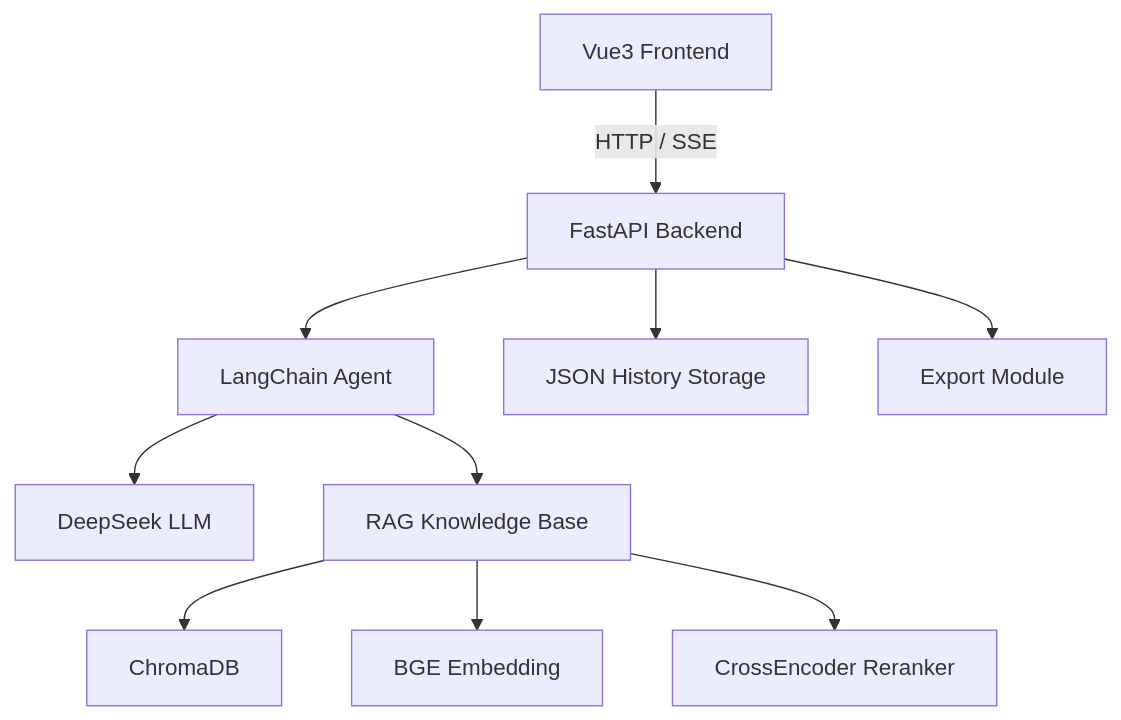
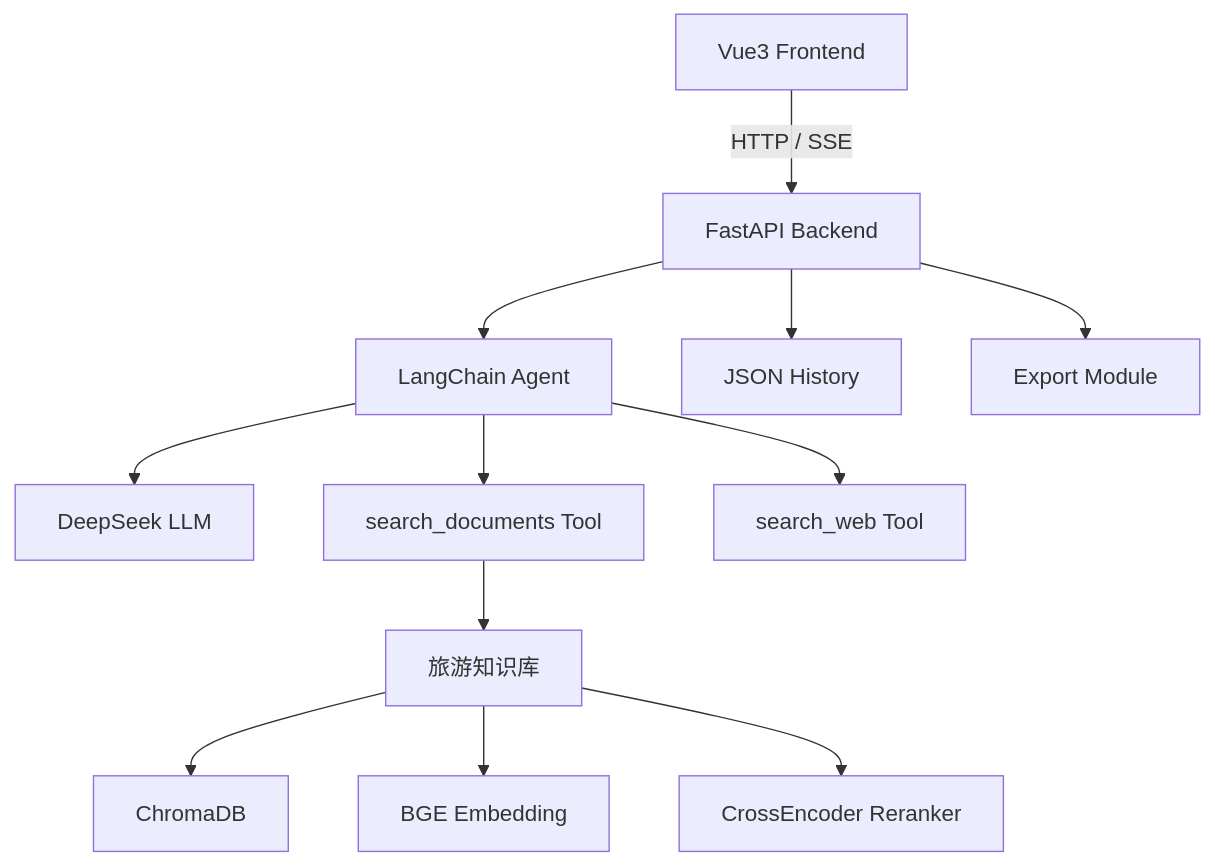
One commit to rannn-1127/TripPlanner-AI changed the first of 2 diagrams in README.md. Above: the diagram before and after it, drawn with Mermaid. The commit also changed other lines of this file and 1 other file, not shown here.

````diff
--- a/README.md
+++ b/README.md
@@ -224,39 +401,60 @@
 ```mermaid
 graph TD
+
 
 A[Vue3 Frontend]
 
 B[FastAPI Backend]
 
 C[LangChain Agent]
 
 D[DeepSeek LLM]
 
-E[RAG Knowledge Base]
 
-F[ChromaDB]
+E[search_documents Tool]
 
-G[BGE Embedding]
+F[search_web Tool]
 
-H[CrossEncoder Reranker]
 
-I[JSON History Storage]
+G[旅游知识库]
 
-J[Export Module]
+H[ChromaDB]
+
+I[BGE Embedding]
+
+J[CrossEncoder Reranker]
+
+
+K[JSON History]
+
+L[Export Module]
 
 
 A -->|HTTP / SSE| B
 
+
 B --> C
+
 
 C --> D
 
 C --> E
 
-E --> F
+C --> F
+
+
 E --> G
-E --> H
 
-B --> I
-B --> J
+
+G --> H
+
+G --> I
+
+G --> J
+
+
+B --> K
+
+B --> L
+
 ```
````
